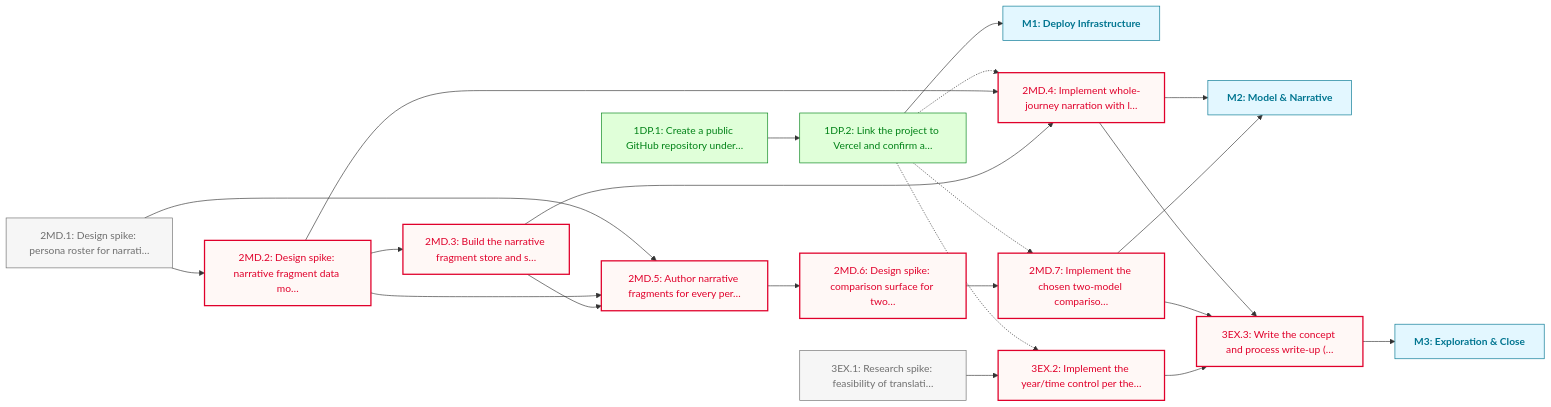
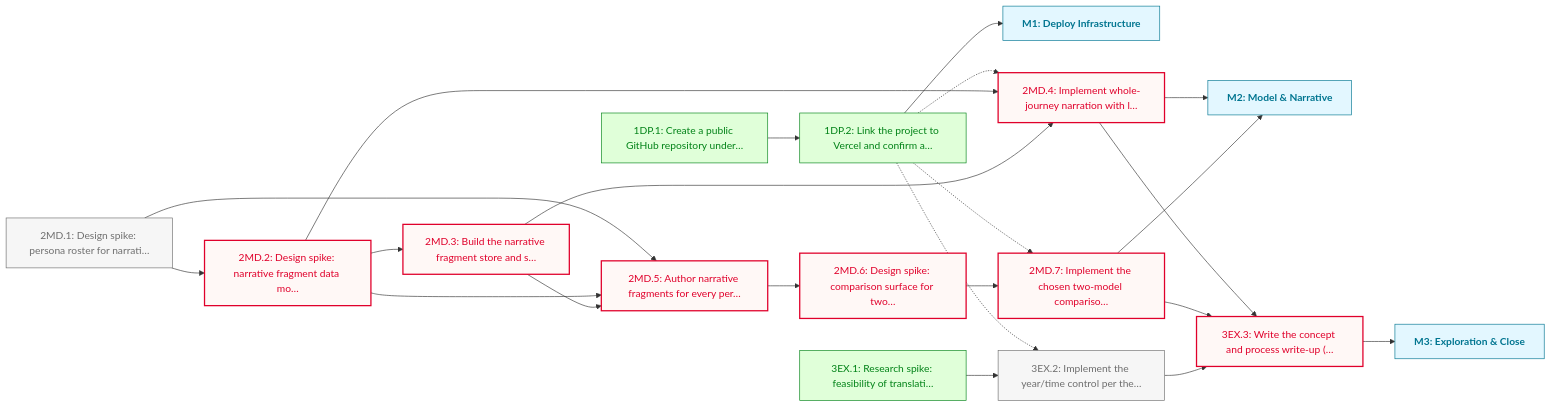
Before and after one commit to JasonWarrenUK/reach: the diagram in docs/roadmaps/PHASE_1.md, drawn with Mermaid. The commit also changed other lines of this file and 2 other files, not shown here.

First line of the commit message:
docs: mark 3EX.1 done, unblock 3EX.2

````diff
--- a/docs/roadmaps/PHASE_1.md
+++ b/docs/roadmaps/PHASE_1.md
@@ -50,50 +51,50 @@
 ```mermaid
 graph LR
 	classDef todo fill:#f6f6f6,stroke:#6f6f6f,color:#6f6f6f
 	classDef blocked fill:#fff8f6,stroke:#e0002b,color:#e0002b,stroke-width:2px
 	classDef paused fill:#fdf4ff,stroke:#b01fe3,color:#b01fe3,stroke-dasharray:4 3
 	classDef deferred fill:#fff8f3,stroke:#ac5c00,color:#ac5c00,stroke-dasharray:2 4,font-style:italic
 	classDef done fill:#e0ffd9,stroke:#008217,color:#008217
 	classDef outOfScope fill:#f6f6f6,stroke:#e2e2e2,color:#e2e2e2,stroke-dasharray:2 2
 	classDef mile fill:#e3f7ff,stroke:#007590,color:#007590,font-weight:bold
 	classDef external fill:#fff9e5,stroke:#7d6f00,color:#7d6f00,stroke-dasharray:4 3,font-style:italic
 	1DP.1["1DP.1: Create a public GitHub repository under…"]
 	1DP.2["1DP.2: Link the project to Vercel and confirm a…"]
 	M1["M1: Deploy Infrastructure"]:::mile
 	2MD.1["2MD.1: Design spike: persona roster for narrati…"]
 	2MD.2["2MD.2: Design spike: narrative fragment data mo…"]
 	2MD.3["2MD.3: Build the narrative fragment store and s…"]
 	2MD.4["2MD.4: Implement whole-journey narration with l…"]
 	2MD.5["2MD.5: Author narrative fragments for every per…"]
 	2MD.6["2MD.6: Design spike: comparison surface for two…"]
 	2MD.7["2MD.7: Implement the chosen two-model compariso…"]
 	M2["M2: Model & Narrative"]:::mile
 	3EX.1["3EX.1: Research spike: feasibility of translati…"]
 	3EX.2["3EX.2: Implement the year/time control per the…"]
 	3EX.3["3EX.3: Write the concept and process write-up (…"]
 	M3["M3: Exploration & Close"]:::mile
 	1DP.1 --> 1DP.2
 	1DP.2 --> M1
 	1DP.2 -.-> 2MD.4
 	1DP.2 -.-> 2MD.7
 	1DP.2 -.-> 3EX.2
 	2MD.1 --> 2MD.2
 	2MD.1 --> 2MD.5
 	2MD.2 --> 2MD.3
 	2MD.2 --> 2MD.4
 	2MD.2 --> 2MD.5
 	2MD.3 --> 2MD.4
 	2MD.3 --> 2MD.5
 	2MD.4 --> M2
 	2MD.4 --> 3EX.3
 	2MD.5 --> 2MD.6
 	2MD.6 --> 2MD.7
 	2MD.7 --> M2
 	2MD.7 --> 3EX.3
 	3EX.1 --> 3EX.2
 	3EX.2 --> 3EX.3
 	3EX.3 --> M3
-	class 2MD.1,3EX.1 todo
-	class 2MD.2,2MD.3,2MD.4,2MD.5,2MD.6,2MD.7,3EX.2,3EX.3 blocked
-	class 1DP.1,1DP.2 done
+	class 2MD.1,3EX.2 todo
+	class 2MD.2,2MD.3,2MD.4,2MD.5,2MD.6,2MD.7,3EX.3 blocked
+	class 1DP.1,1DP.2,3EX.1 done
 ```
````
